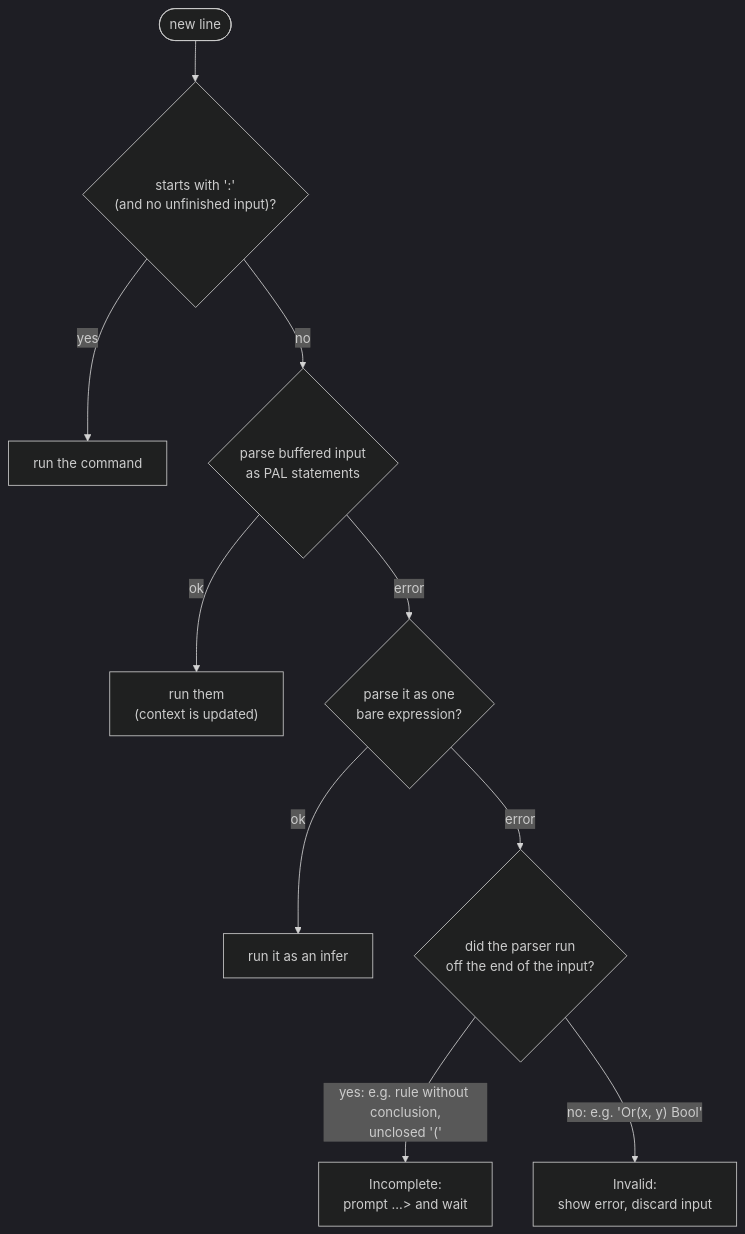
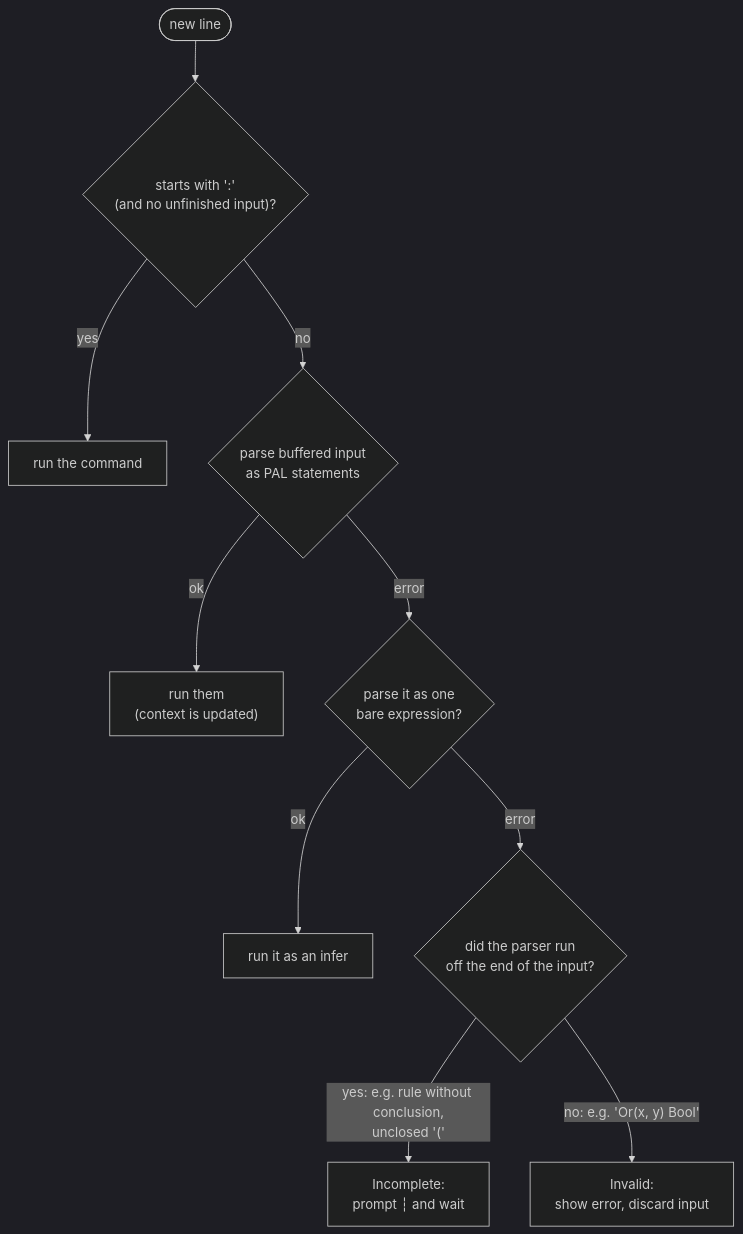
The tenth of 10 diagrams in TUTORIAL.md (Josemarialanda/pal), drawn with Mermaid (dark theme) before and after one commit. The commit also changed other lines of this file and 7 other files, not shown here.

````diff
--- a/TUTORIAL.md
+++ b/TUTORIAL.md
@@ -1093,12 +1115,12 @@
 ```mermaid
 flowchart TD
     line(["new line"]) --> cmd{"starts with ':'<br/>(and no unfinished input)?"}
     cmd -- yes --> run_cmd["run the command"]
     cmd -- no --> parse{"parse buffered input<br/>as PAL statements"}
     parse -- ok --> go["run them<br/>(context is updated)"]
     parse -- "error" --> expr{"parse it as one<br/>bare expression?"}
     expr -- ok --> inf["run it as an infer"]
     expr -- "error" --> where{"did the parser run<br/>off the end of the input?"}
-    where -- "yes: e.g. rule without conclusion,<br/>unclosed '('" --> more["Incomplete:<br/>prompt ...> and wait"]
+    where -- "yes: e.g. rule without conclusion,<br/>unclosed '('" --> more["Incomplete:<br/>prompt ┆ and wait"]
     where -- "no: e.g. 'Or(x, y) Bool'" --> err["Invalid:<br/>show error, discard input"]
 ```
````
